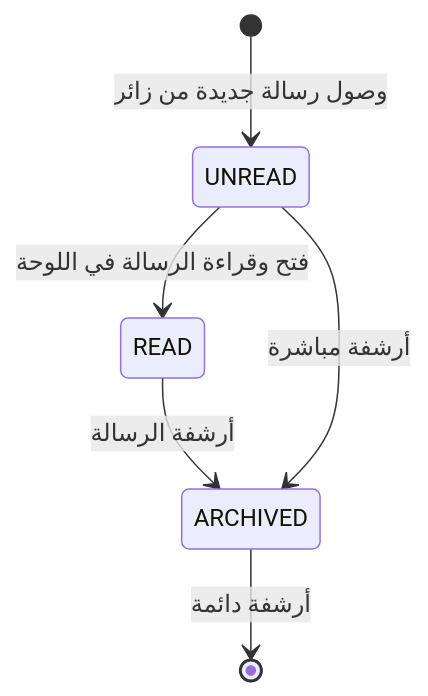
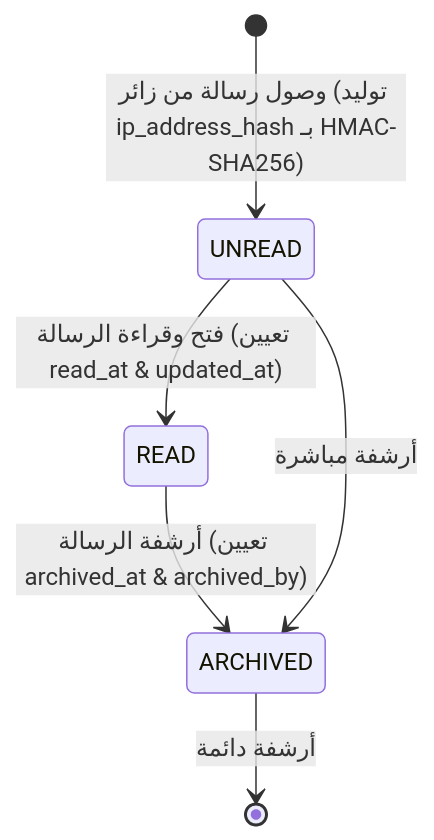
Before and after one commit to Eissaali11/maywebeissa: the fourth of 5 diagrams in docs/database/DATA-LIFECYCLE.md, drawn with Mermaid. The commit also changed other lines of this file and 2 other files, not shown here.

Commit message:
docs(db): apply COO integrity corrections — media upload lifecycle consistency, check constraints, single cover partial indexes, no redundant indexes, HMAC-SHA256, pgcrypto, single-admin guard

````diff
--- a/docs/database/DATA-LIFECYCLE.md
+++ b/docs/database/DATA-LIFECYCLE.md
@@ -91,8 +90,8 @@
 ```mermaid
 stateDiagram-v2
-    [*] --> UNREAD : وصول رسالة جديدة من زائر
-    UNREAD --> READ : فتح وقراءة الرسالة في اللوحة
-    READ --> ARCHIVED : أرشفة الرسالة
+    [*] --> UNREAD : وصول رسالة من زائر (توليد ip_address_hash بـ HMAC-SHA256)
+    UNREAD --> READ : فتح وقراءة الرسالة (تعيين read_at & updated_at)
+    READ --> ARCHIVED : أرشفة الرسالة (تعيين archived_at & archived_by)
     UNREAD --> ARCHIVED : أرشفة مباشرة
     ARCHIVED --> [*] : أرشفة دائمة
 ```
````
